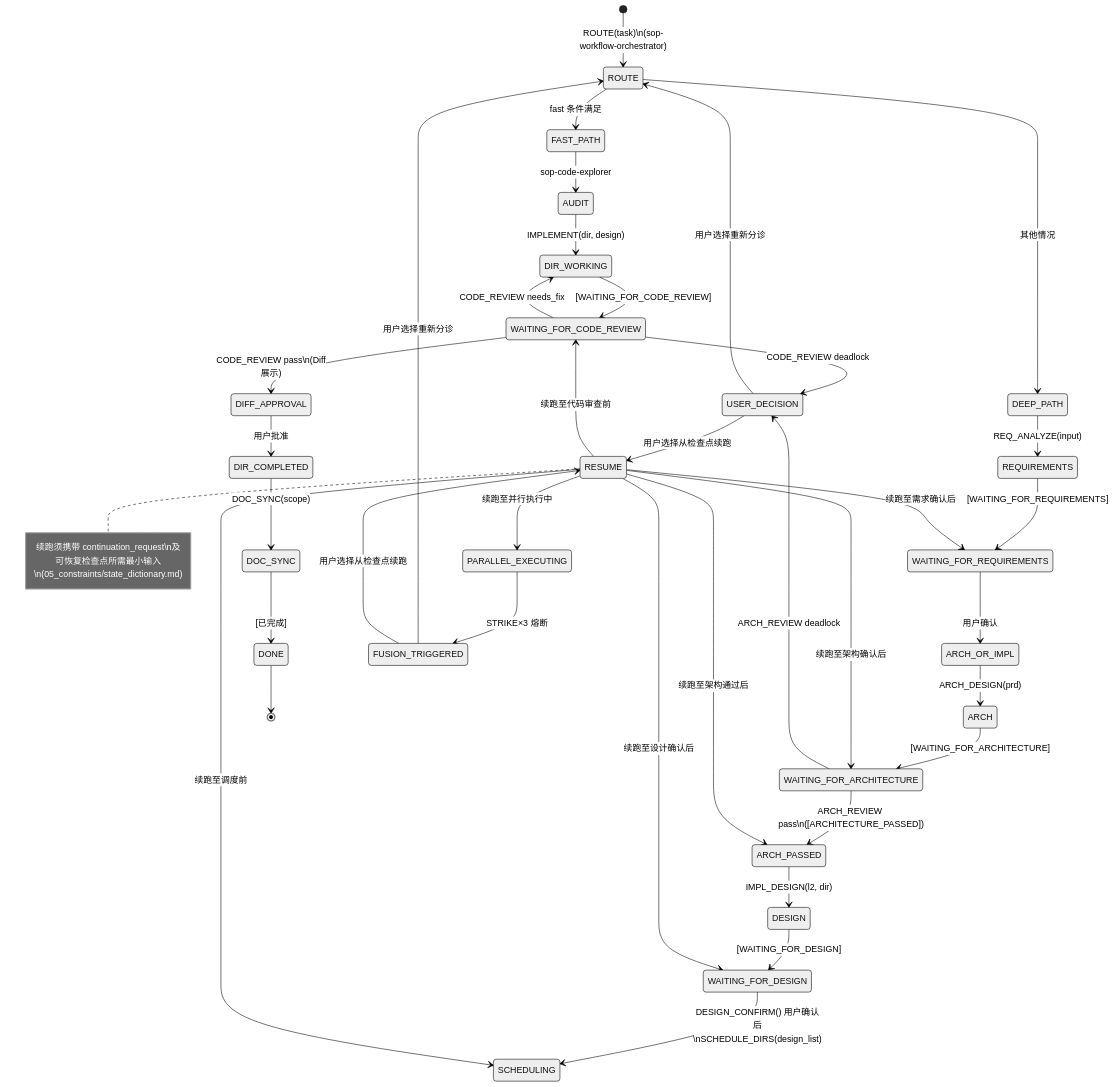
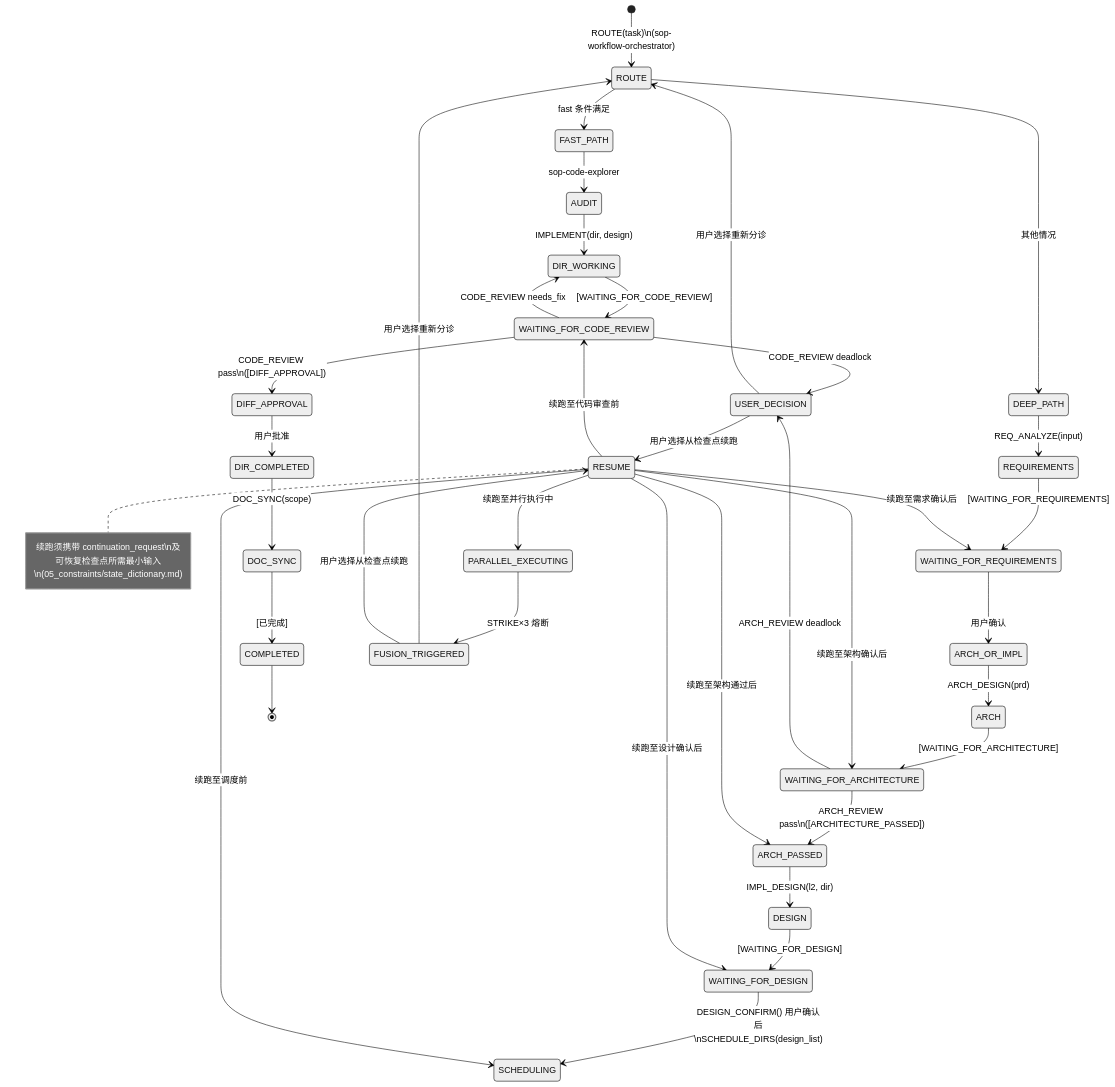
One commit to luckyMUMU/OpenSpec-mumu changed the first of 4 diagrams in docs/参考/sop_state_machine.md. Above: the diagram before and after it, drawn with Mermaid (neutral theme). The commit also changed other lines of this file and 75 other files, not shown here.

````diff
--- a/docs/参考/sop_state_machine.md
+++ b/docs/参考/sop_state_machine.md
@@ -103,50 +104,50 @@
 ```mermaid
 stateDiagram-v2
   [*] --> ROUTE: ROUTE(task)\n(sop-workflow-orchestrator)
 
   ROUTE --> FAST_PATH: fast 条件满足
   ROUTE --> DEEP_PATH: 其他情况
 
   FAST_PATH --> AUDIT: sop-code-explorer
   AUDIT --> DIR_WORKING: IMPLEMENT(dir, design)
   DIR_WORKING --> WAITING_FOR_CODE_REVIEW: [WAITING_FOR_CODE_REVIEW]
-  WAITING_FOR_CODE_REVIEW --> DIFF_APPROVAL: CODE_REVIEW pass\n(Diff展示)
+  WAITING_FOR_CODE_REVIEW --> DIFF_APPROVAL: CODE_REVIEW pass\n([DIFF_APPROVAL])
   WAITING_FOR_CODE_REVIEW --> DIR_WORKING: CODE_REVIEW needs_fix
   WAITING_FOR_CODE_REVIEW --> USER_DECISION: CODE_REVIEW deadlock
   DIFF_APPROVAL --> DIR_COMPLETED: 用户批准
   DIR_COMPLETED --> DOC_SYNC: DOC_SYNC(scope)
-  DOC_SYNC --> DONE: [已完成]
+  DOC_SYNC --> COMPLETED: [已完成]
 
   DEEP_PATH --> REQUIREMENTS: REQ_ANALYZE(input)
   REQUIREMENTS --> WAITING_FOR_REQUIREMENTS: [WAITING_FOR_REQUIREMENTS]
   WAITING_FOR_REQUIREMENTS --> ARCH_OR_IMPL: 用户确认
   ARCH_OR_IMPL --> ARCH: ARCH_DESIGN(prd)
   ARCH --> WAITING_FOR_ARCHITECTURE: [WAITING_FOR_ARCHITECTURE]
   WAITING_FOR_ARCHITECTURE --> ARCH_PASSED: ARCH_REVIEW pass\n([ARCHITECTURE_PASSED])
   WAITING_FOR_ARCHITECTURE --> USER_DECISION: ARCH_REVIEW deadlock
   ARCH_PASSED --> DESIGN: IMPL_DESIGN(l2, dir)
   DESIGN --> WAITING_FOR_DESIGN: [WAITING_FOR_DESIGN]
   WAITING_FOR_DESIGN --> SCHEDULING: DESIGN_CONFIRM() 用户确认后\nSCHEDULE_DIRS(design_list)
 
   state USER_DECISION [USER_DECISION]
   state FUSION_TRIGGERED [FUSION_TRIGGERED]
   state RESUME [从检查点续跑]
 
   USER_DECISION --> ROUTE: 用户选择重新分诊
   USER_DECISION --> RESUME: 用户选择从检查点续跑
   FUSION_TRIGGERED --> ROUTE: 用户选择重新分诊
   FUSION_TRIGGERED --> RESUME: 用户选择从检查点续跑
 
   RESUME --> WAITING_FOR_REQUIREMENTS: 续跑至需求确认后
   RESUME --> WAITING_FOR_ARCHITECTURE: 续跑至架构确认后
   RESUME --> ARCH_PASSED: 续跑至架构通过后
   RESUME --> WAITING_FOR_DESIGN: 续跑至设计确认后
   RESUME --> SCHEDULING: 续跑至调度前
   RESUME --> PARALLEL_EXECUTING: 续跑至并行执行中
   PARALLEL_EXECUTING --> FUSION_TRIGGERED: STRIKE×3 熔断
   RESUME --> WAITING_FOR_CODE_REVIEW: 续跑至代码审查前
 
   note right of RESUME: 续跑须携带 continuation_request\n及可恢复检查点所需最小输入\n(05_constraints/state_dictionary.md)
 
-  DONE --> [*]
+  COMPLETED --> [*]
 ```
````
